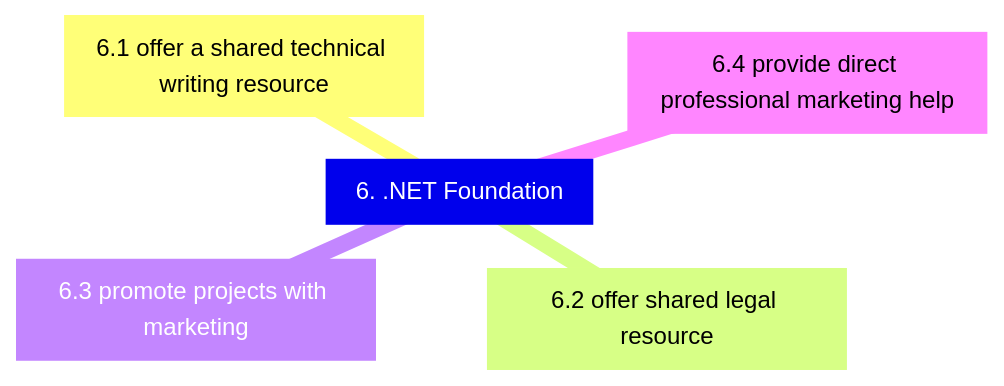
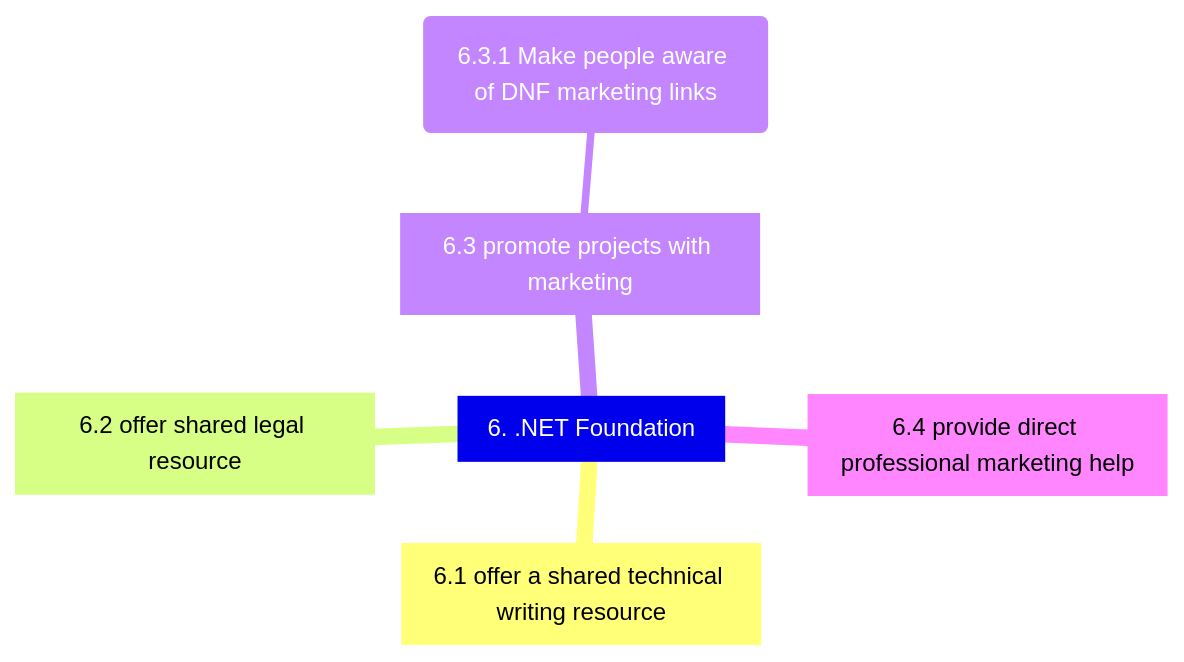
Before and after one commit to AWiderDotNET/home: the sixth of 9 diagrams in README.md, drawn with Mermaid. The commit also changed other lines of this file, not shown here.

````diff
--- a/README.md
+++ b/README.md
@@ -177,8 +179,9 @@
 ```mermaid
 mindmap
   6[6. .NET Foundation]
     6.1[6.1 offer a shared technical writing resource]
     6.2[6.2 offer shared legal resource]
     6.3[6.3 promote projects with marketing]
+      6.3.1(6.3.1 Make people aware of DNF marketing links)
     6.4[6.4 provide direct professional marketing help]
 ```
````
